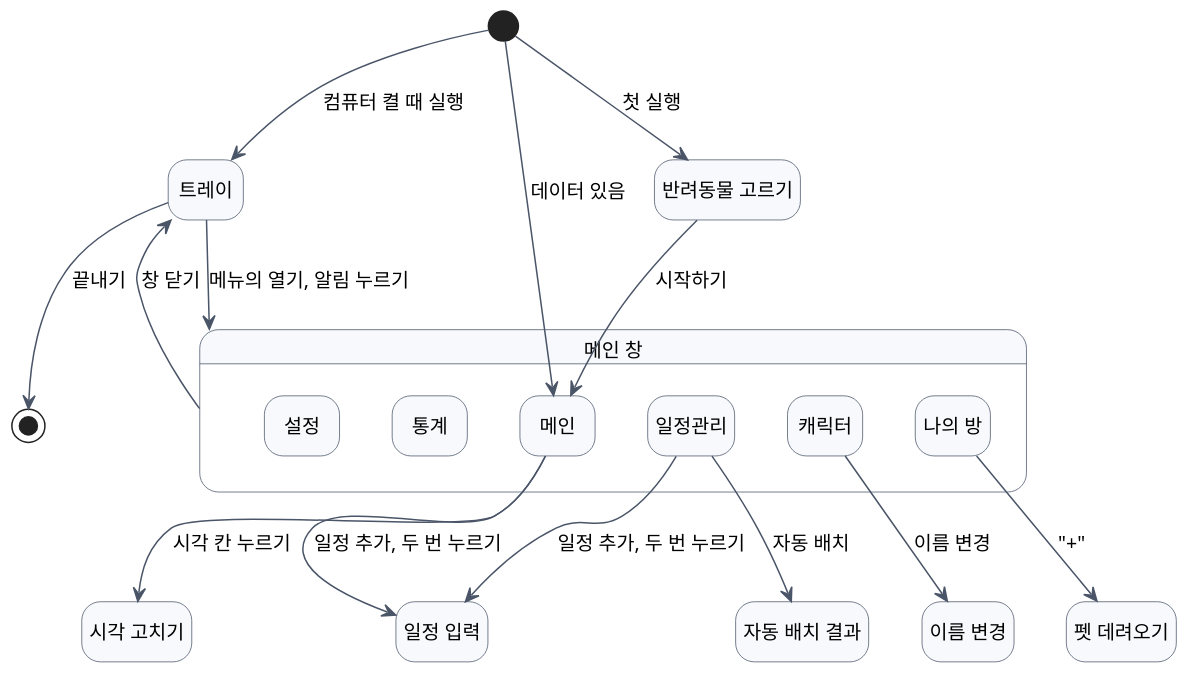
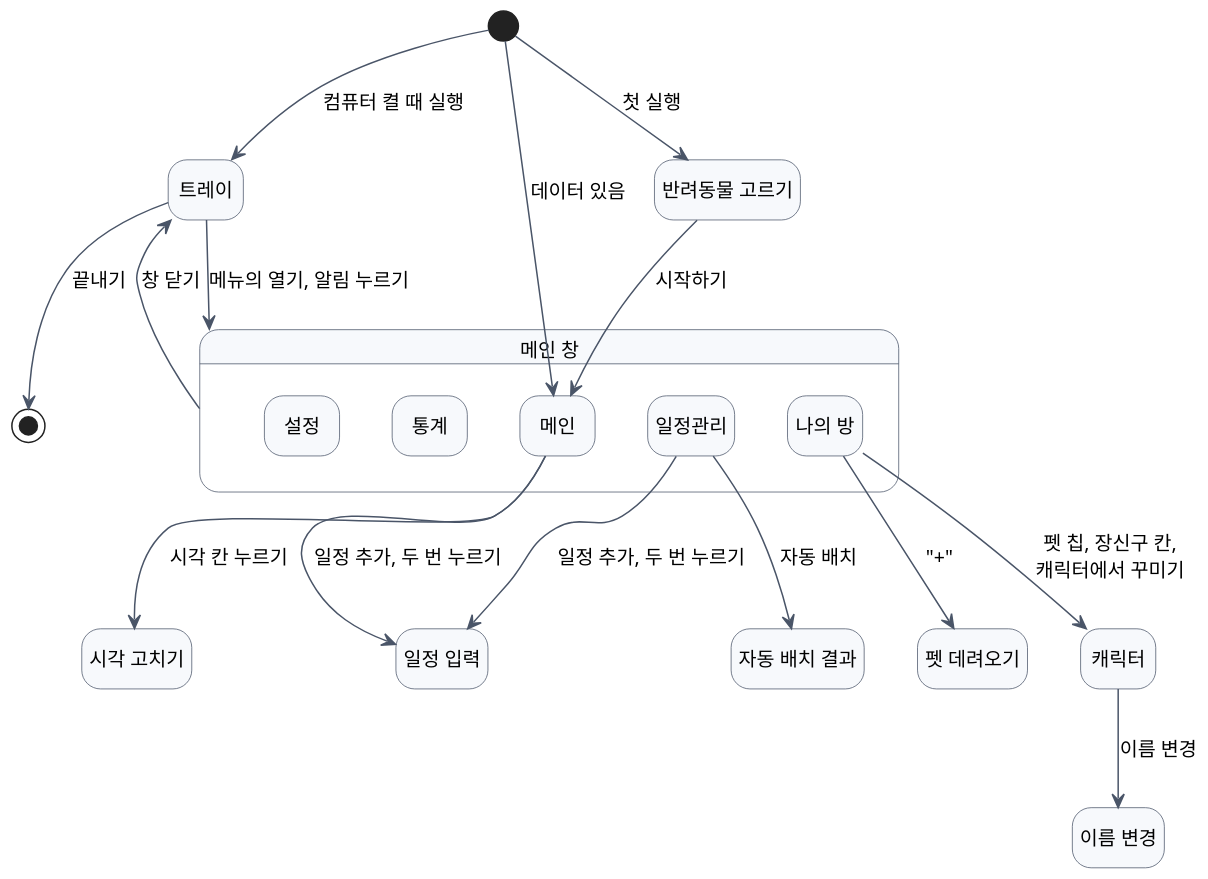
One commit to 2026-2-software-system-design-11/planning-pet-app changed the diagram in docs/diagrams/ui-flow.puml. Above: the diagram before and after it, drawn with PlantUML. The commit also changed 7 other files, not shown here.

```diff
--- a/docs/diagrams/ui-flow.puml
+++ b/docs/diagrams/ui-flow.puml
@@ -1,42 +1,43 @@
 @startuml ui-flow
 skinparam defaultFontName "Apple SD Gothic Neo"
 skinparam defaultFontSize 13
 skinparam dpi 130
 skinparam shadowing false
 skinparam ArrowColor #4A5568
 skinparam state {
   BackgroundColor #F7F9FC
   BorderColor #4A5568
 }
 hide empty description
 
 state "반려동물 고르기" as Pick
 state "트레이" as Tray
 state "메인 창" as Win {
   state "메인" as Main
   state "일정관리" as Sched
-  state "캐릭터" as Char
   state "나의 방" as Room
   state "통계" as Stat
   state "설정" as Set
 }
 state "일정 입력" as Form
 state "자동 배치 결과" as Place
 state "펫 데려오기" as Adopt
+state "캐릭터" as Char
 state "이름 변경" as Rename
 state "시각 고치기" as Time
 
 [*] --> Pick : 첫 실행
 [*] --> Main : 데이터 있음
 [*] --> Tray : 컴퓨터 켤 때 실행
 Pick --> Main : 시작하기
 Main --> Form : 일정 추가, 두 번 누르기
 Main --> Time : 시각 칸 누르기
 Sched --> Form : 일정 추가, 두 번 누르기
 Sched --> Place : 자동 배치
 Room --> Adopt : "+"
+Room --> Char : 펫 칩, 장신구 칸,\n캐릭터에서 꾸미기
 Char --> Rename : 이름 변경
 Win --> Tray : 창 닫기
 Tray --> Win : 메뉴의 열기, 알림 누르기
 Tray --> [*] : 끝내기
 @enduml
```
